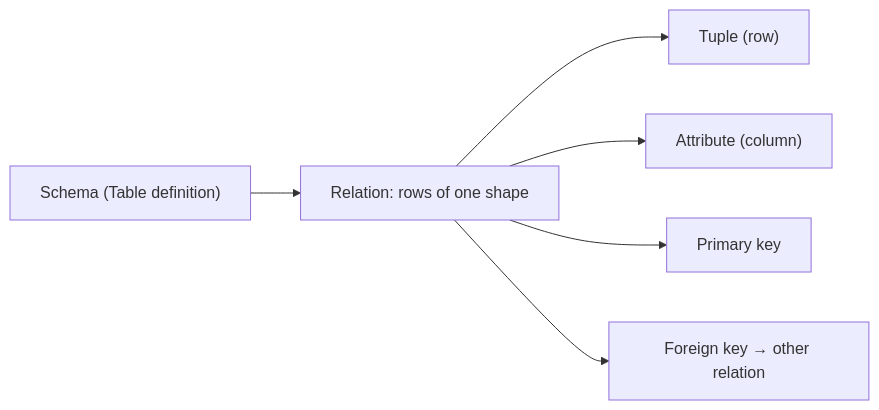
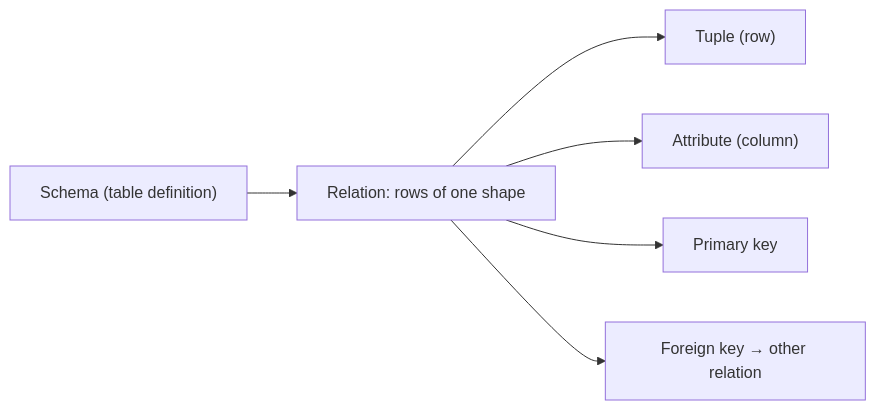
The diagram in content/database-systems-101/ko/02-relational-model.md (yeongseon-books/book-content), drawn with Mermaid before and after one commit. The commit also changed other lines of this file and 9 other files, not shown here.

````diff
--- a/content/database-systems-101/ko/02-relational-model.md
+++ b/content/database-systems-101/ko/02-relational-model.md
@@ -36,8 +56,8 @@
 ```mermaid
 flowchart LR
-    A["Schema (Table definition)"] --> B["Relation: rows of one shape"]
+    A["Schema (table definition)"] --> B["Relation: rows of one shape"]
     B --> C["Tuple (row)"]
     B --> D["Attribute (column)"]
     B --> E["Primary key"]
     B --> F["Foreign key → other relation"]
 ```
````
